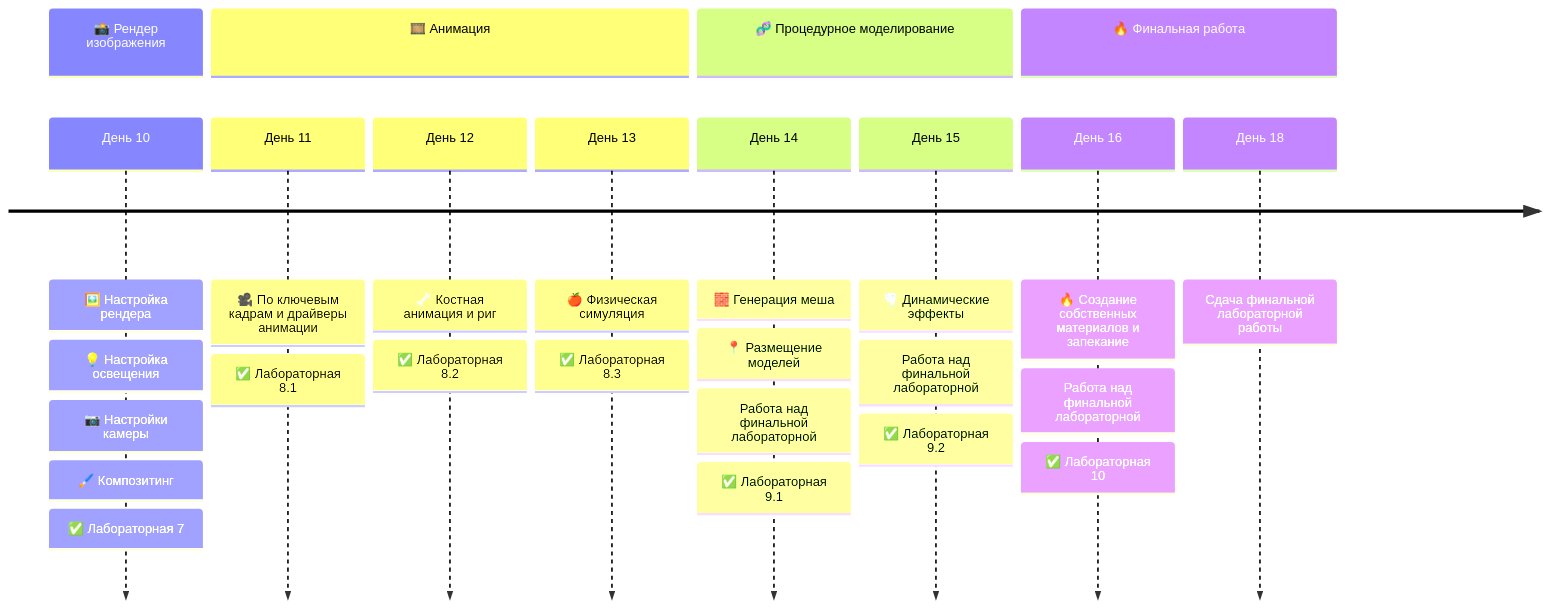
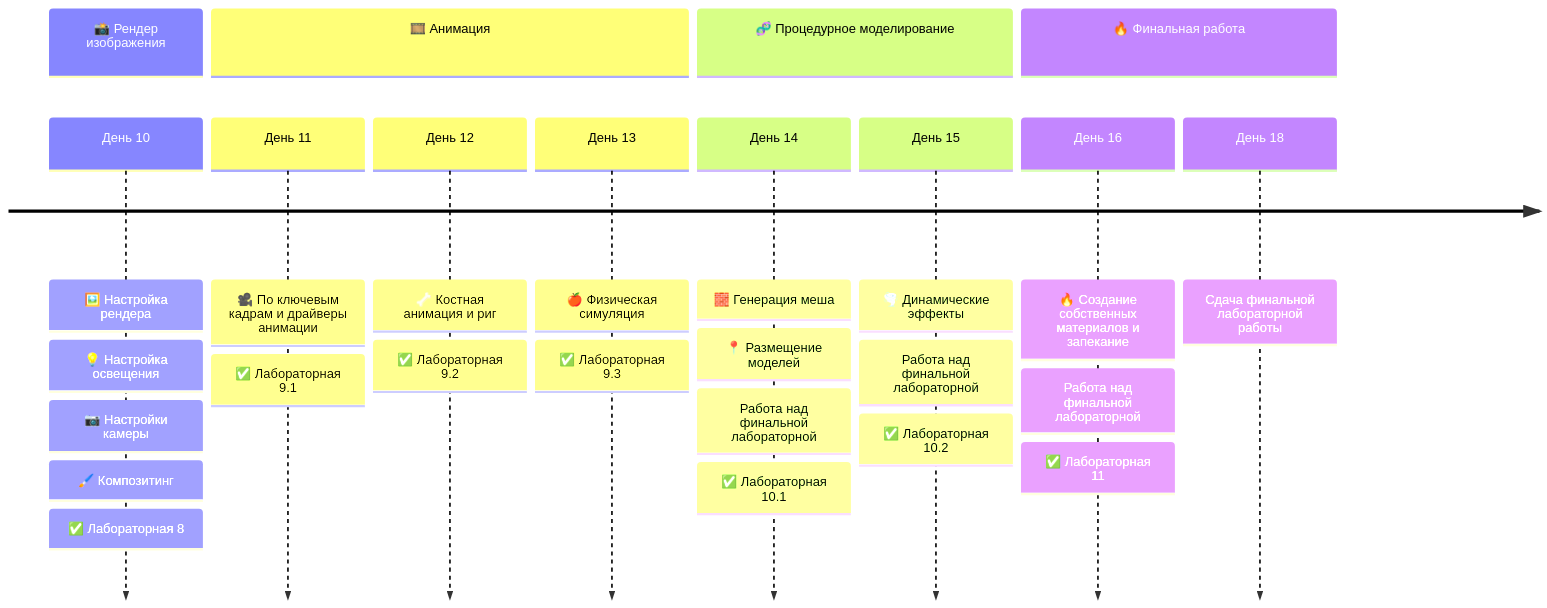
Before and after one commit to mvodya/3d-course-blender-2025: the second of 2 diagrams in README.md, drawn with Mermaid. The commit also changed other lines of this file, not shown here.

````diff
--- a/README.md
+++ b/README.md
@@ -115,40 +123,40 @@
 ```mermaid
 timeline
     section 📸 Рендер изображения
         День 10 :
             🖼️ Настройка рендера :
             💡 Настройка освещения :
             📷 Настройки камеры :
             🖌️ Композитинг :
-            ✅ Лабораторная 7
+            ✅ Лабораторная 8
 
     section 🎞️ Анимация
         День 11 :
             🎥 По ключевым кадрам и драйверы анимации :
-            ✅ Лабораторная 8.1
+            ✅ Лабораторная 9.1
         День 12 :
             🦴 Костная анимация и риг :
-            ✅ Лабораторная 8.2
+            ✅ Лабораторная 9.2
         День 13 :
             🍎 Физическая симуляция :
-            ✅ Лабораторная 8.3
+            ✅ Лабораторная 9.3
 
     section 🧬 Процедурное моделирование
         День 14 :
             🧱 Генерация меша :
             📍 Размещение моделей :
             Работа над финальной лабораторной :
-            ✅ Лабораторная 9.1
+            ✅ Лабораторная 10.1
         День 15 :
             🌪️ Динамические эффекты :
             Работа над финальной лабораторной :
-            ✅ Лабораторная 9.2
+            ✅ Лабораторная 10.2
 
     section 🔥 Финальная работа
         День 16 :
             🔥 Создание собственных материалов и запекание :
             Работа над финальной лабораторной :
-            ✅ Лабораторная 10
+            ✅ Лабораторная 11
         День 18 :
             Сдача финальной лабораторной работы
 ```
````
